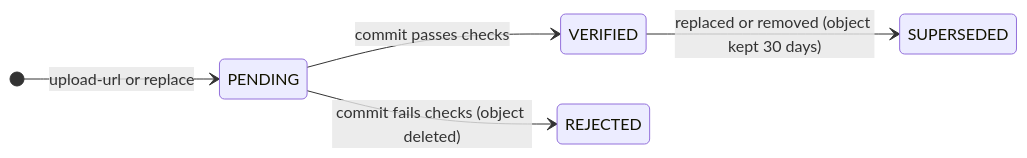
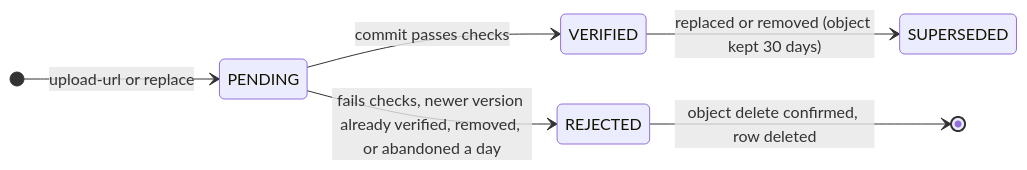
One commit to Practitionist/familiarise_web changed the second of 6 diagrams in docs/digital-products/01-architecture.md. Above: the diagram before and after it, drawn with Mermaid. The commit also changed other lines of this file and 1 other file, not shown here.

````diff
--- a/docs/digital-products/01-architecture.md
+++ b/docs/digital-products/01-architecture.md
@@ -51,8 +53,9 @@
 ```mermaid
 stateDiagram-v2
   direction LR
   [*] --> PENDING: upload-url or replace
   PENDING --> VERIFIED: commit passes checks
-  PENDING --> REJECTED: commit fails checks (object deleted)
+  PENDING --> REJECTED: fails checks, newer version already verified, removed, or abandoned a day
+  REJECTED --> [*]: object delete confirmed, row deleted
   VERIFIED --> SUPERSEDED: replaced or removed (object kept 30 days)
 ```
````
